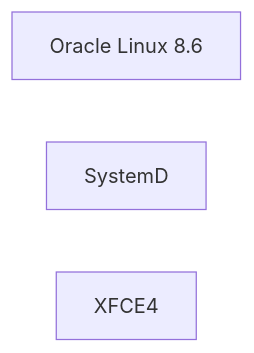
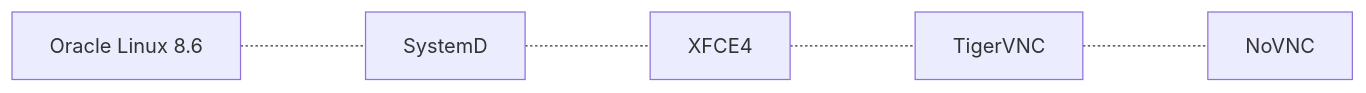
The diagram in README.md (cameekorg/Linux-Desktop), drawn with Mermaid before and after one commit. The commit also changed other lines of this file and 384 other files, not shown here.

````diff
--- a/README.md
+++ b/README.md
@@ -4,6 +4,8 @@
 ```mermaid
 flowchart LR
-  OS[Oracle Linux 8.6]
-  SVC[SystemD]
-  UI[XFCE4]
+  OS[Oracle Linux 8.6]-..-
+  SVC[SystemD]-..-
+  UI[XFCE4]-..-
+  VNC[TigerVNC]-..-
+  HTTP[NoVNC]
 ```
````
